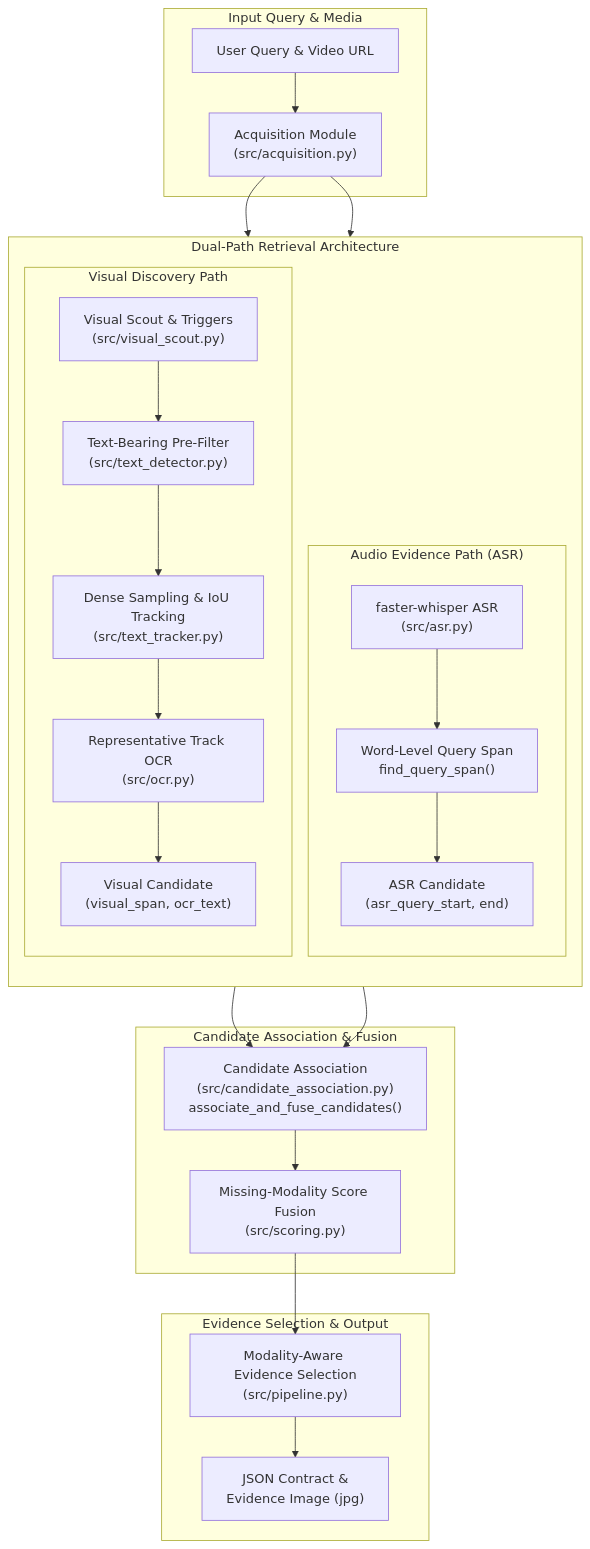
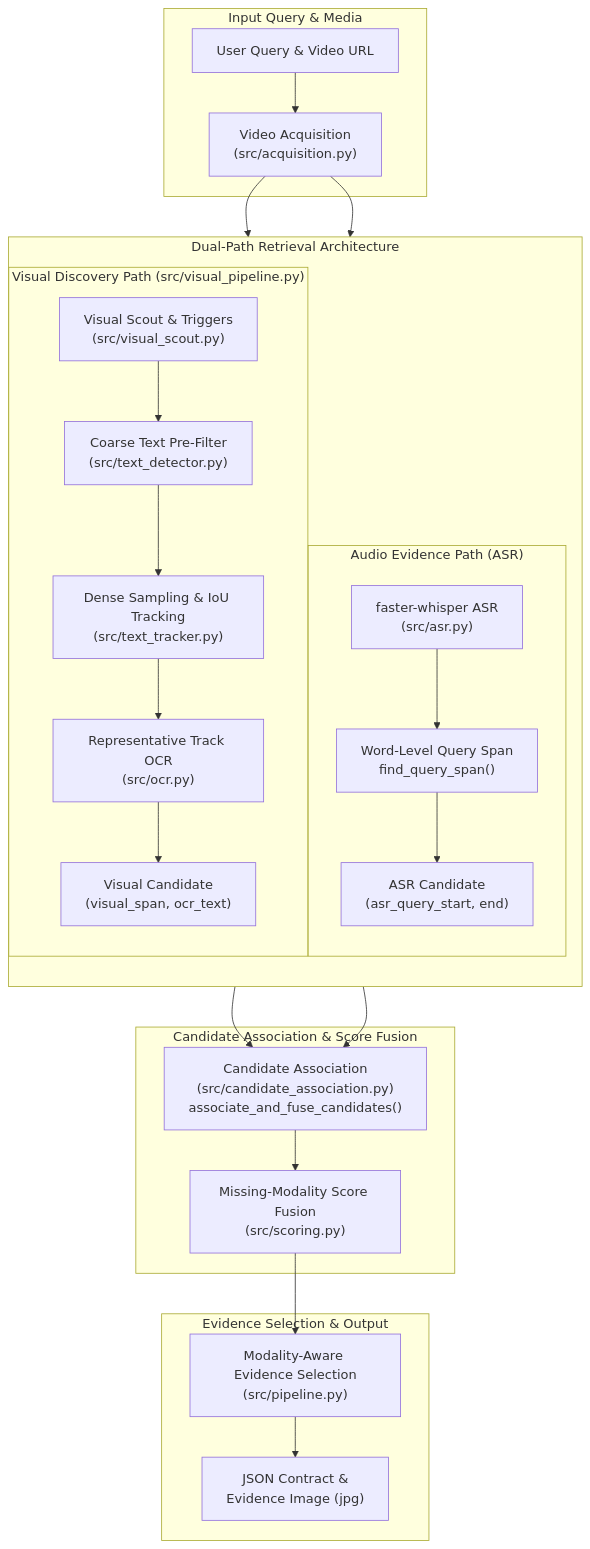
The first of 2 diagrams in README.md (Saravanan7272/quest1), drawn with Mermaid before and after one commit. The commit also changed other lines of this file and 3 other files, not shown here.

Commit message:
docs: add system architecture and testing documentation, and update project metadata

````diff
--- a/README.md
+++ b/README.md
@@ -21,46 +24,46 @@
 ```mermaid
 flowchart TD
     subgraph INPUT["Input Query & Media"]
         U["User Query & Video URL"]
-        ACQ["Acquisition Module\n(src/acquisition.py)"]
+        ACQ["Video Acquisition\n(src/acquisition.py)"]
         U --> ACQ
     end
 
     subgraph DUAL_PATH["Dual-Path Retrieval Architecture"]
         direction TB
         subgraph AUDIO_PATH["Audio Evidence Path (ASR)"]
             ASR_TRANS["faster-whisper ASR\n(src/asr.py)"]
             WORD_SPAN["Word-Level Query Span\nfind_query_span()"]
             ASR_TRANS --> WORD_SPAN
             ASR_CAND["ASR Candidate\n(asr_query_start, end)"]
             WORD_SPAN --> ASR_CAND
         end
 
-        subgraph VISUAL_PATH["Visual Discovery Path"]
+        subgraph VISUAL_PATH["Visual Discovery Path (src/visual_pipeline.py)"]
             SCOUT["Visual Scout & Triggers\n(src/visual_scout.py)"]
-            PRE_FILTER["Text-Bearing Pre-Filter\n(src/text_detector.py)"]
+            PRE_FILTER["Coarse Text Pre-Filter\n(src/text_detector.py)"]
             DENSE_SAMPLING["Dense Sampling & IoU Tracking\n(src/text_tracker.py)"]
             OCR_EVAL["Representative Track OCR\n(src/ocr.py)"]
             SCOUT --> PRE_FILTER --> DENSE_SAMPLING --> OCR_EVAL
             VIS_CAND["Visual Candidate\n(visual_span, ocr_text)"]
             OCR_EVAL --> VIS_CAND
         end
 
         ACQ --> AUDIO_PATH
         ACQ --> VISUAL_PATH
     end
 
-    subgraph FUSION["Candidate Association & Fusion"]
+    subgraph FUSION["Candidate Association & Score Fusion"]
         ASSOC["Candidate Association\n(src/candidate_association.py)\nassociate_and_fuse_candidates()"]
         FUSE["Missing-Modality Score Fusion\n(src/scoring.py)"]
         ASR_CAND --> ASSOC
         VIS_CAND --> ASSOC
         ASSOC --> FUSE
     end
 
     subgraph OUTPUT["Evidence Selection & Output"]
         EVIDENCE["Modality-Aware Evidence Selection\n(src/pipeline.py)"]
         JSON_RES["JSON Contract &\nEvidence Image (jpg)"]
         FUSE --> EVIDENCE --> JSON_RES
     end
 ```
````
